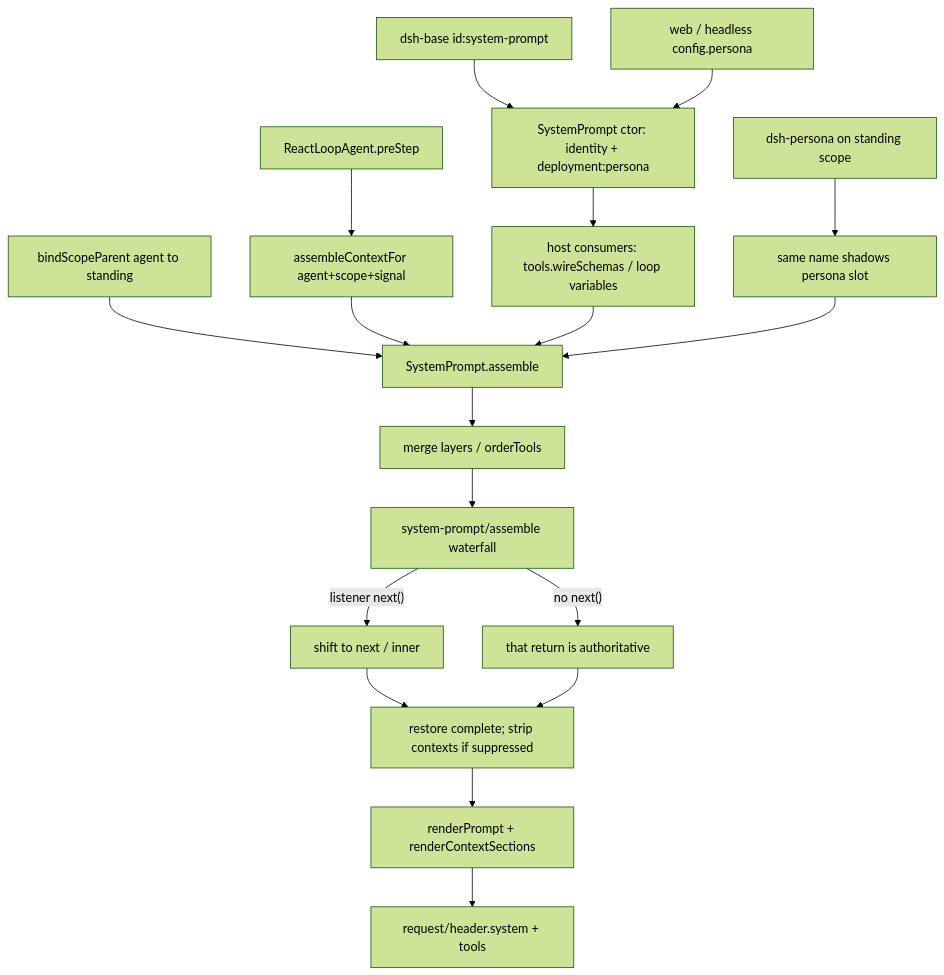
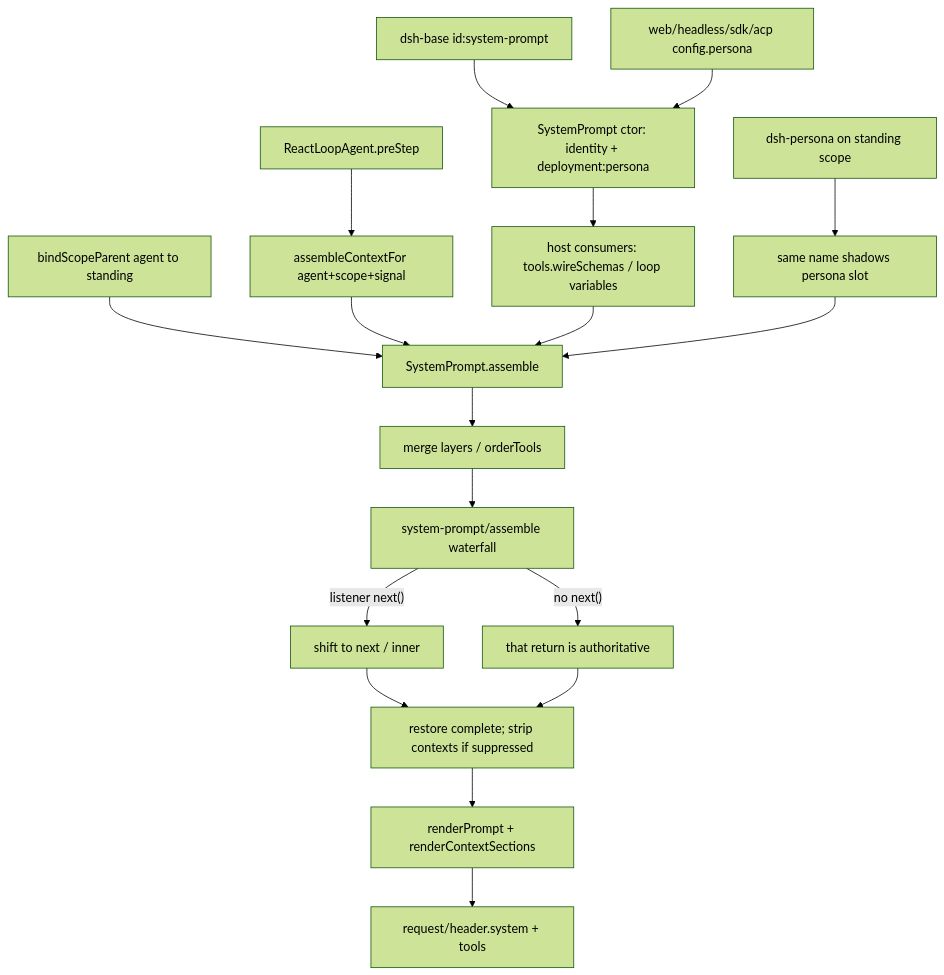
The diagram in docs/llm-wiki/deepseek-harness/subsystems/core/system-prompt.md (wdnmdtonyma/SOTA-Agent-LLM-Wiki), drawn with Mermaid (forest theme) before and after one commit. The commit also changed other lines of this file and 217 other files, not shown here.

````diff
--- a/docs/llm-wiki/deepseek-harness/subsystems/core/system-prompt.md
+++ b/docs/llm-wiki/deepseek-harness/subsystems/core/system-prompt.md
@@ -127,20 +134,20 @@
 ```mermaid
 flowchart TD
   Base["dsh-base id:system-prompt"] --> Ctor["SystemPrompt ctor: identity + deployment:persona"]
-  Overlay["web / headless config.persona"] --> Ctor
+  Overlay["web/headless/sdk/acp config.persona"] --> Ctor
   Ctor --> HostReg["host consumers: tools.wireSchemas / loop variables"]
   Preset["dsh-persona on standing scope"] --> Shadow["same name shadows persona slot"]
   Bind["bindScopeParent agent to standing"] --> Assemble
   Loop["ReactLoopAgent.preStep"] --> Ctx["assembleContextFor agent+scope+signal"]
   Ctx --> Assemble["SystemPrompt.assemble"]
   HostReg --> Assemble
   Shadow --> Assemble
   Assemble --> Merge["merge layers / orderTools"]
   Merge --> WF["system-prompt/assemble waterfall"]
   WF -->|"listener next()"| Next["shift to next / inner"]
   WF -->|"no next()"| Short["that return is authoritative"]
   Next --> Post["restore complete; strip contexts if suppressed"]
   Short --> Post
   Post --> Render["renderPrompt + renderContextSections"]
   Render --> Header["request/header.system + tools"]
 ```
````
